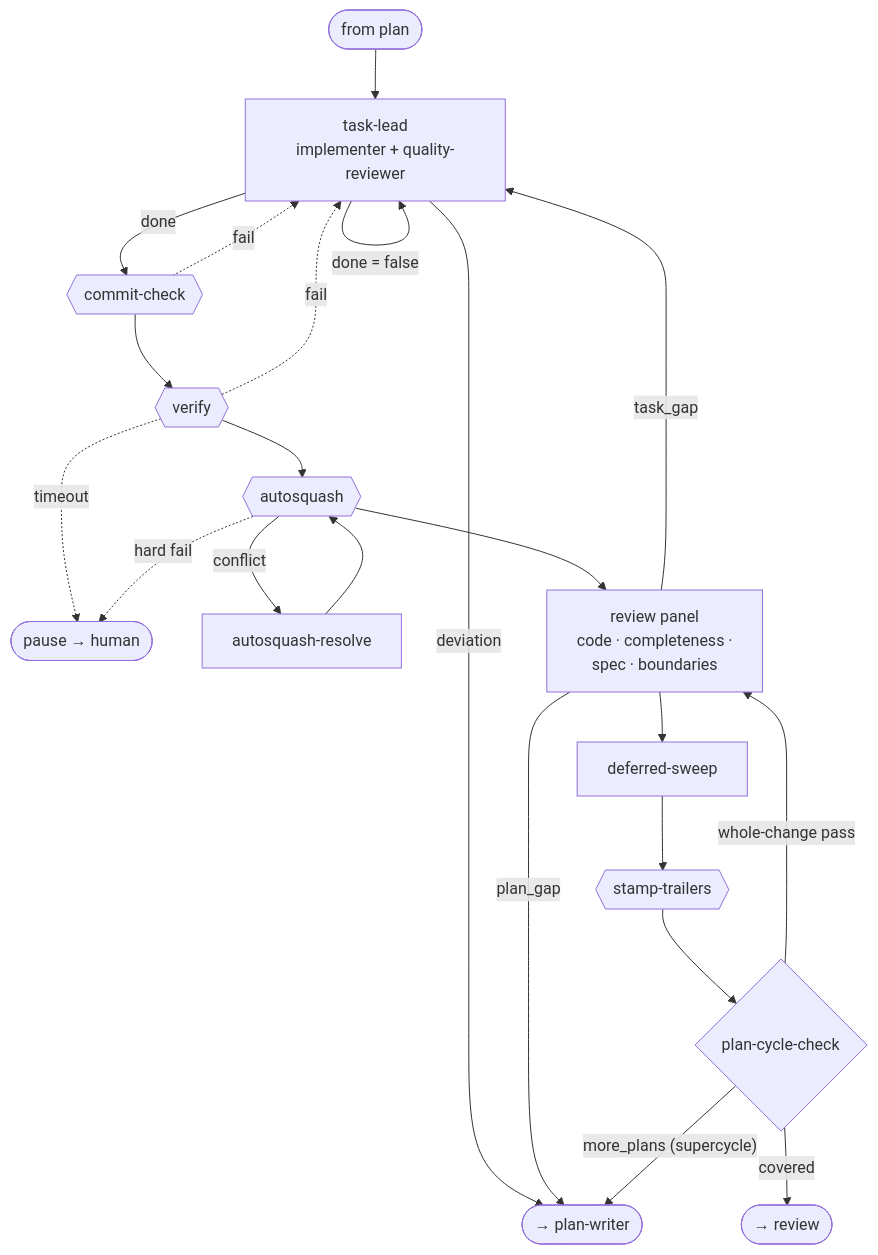
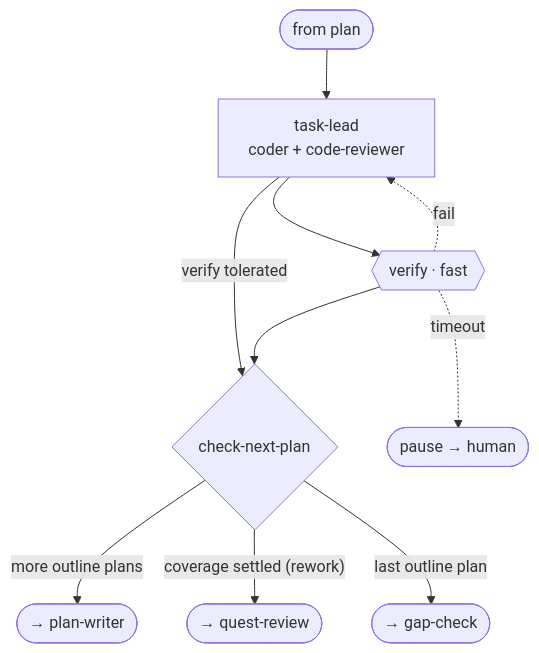
Diagram 11 of 13 in docs/internals/architecture.md (jpoimboe/imp), drawn with Mermaid before and after one commit. The commit also changed other lines of this file and 1 other file, not shown here.

First line of the commit message:
docs(architecture): rewrite the implement, converge, and integrate phase sections

````diff
--- a/docs/internals/architecture.md
+++ b/docs/internals/architecture.md
@@ -229,24 +233,12 @@
 ```mermaid
 flowchart TD
-  in([from plan]) --> TL["task-lead<br/>implementer + quality-reviewer"]
-  TL -->|deviation| toplan([→ plan-writer])
-  TL -->|"done = false"| TL
-  TL -->|done| CC{{"commit-check"}}
-  CC -. fail .-> TL
-  CC --> V{{"verify"}}
+  in([from plan]) --> TL["task-lead<br/>coder + code-reviewer"]
+  TL -->|"verify tolerated"| CNP
+  TL --> V{{"verify · fast"}}
   V -. fail .-> TL
-  V -. "timeout" .-> HUMAN([pause → human])
-  V --> AS{{"autosquash"}}
-  AS -->|conflict| ASR["autosquash-resolve"]
-  ASR --> AS
-  AS -. "hard fail" .-> HUMAN
-  AS --> RVW["review panel<br/>code · completeness ·<br/>spec · boundaries"]
-  RVW -->|task_gap| TL
-  RVW -->|plan_gap| toplan
-  RVW --> DS["deferred-sweep"]
-  DS --> ST{{"stamp-trailers"}}
-  ST --> PCC{"plan-cycle-check"}
-  PCC -->|"more_plans (supercycle)"| toplan
-  PCC -->|"whole-change pass"| RVW
-  PCC -->|covered| out([→ review])
+  V -. timeout .-> HUMAN([pause → human])
+  V --> CNP{"check-next-plan"}
+  CNP -->|"more outline plans"| toplan([→ plan-writer])
+  CNP -->|"coverage settled (rework)"| toqr([→ quest-review])
+  CNP -->|"last outline plan"| out([→ gap-check])
 ```
````
